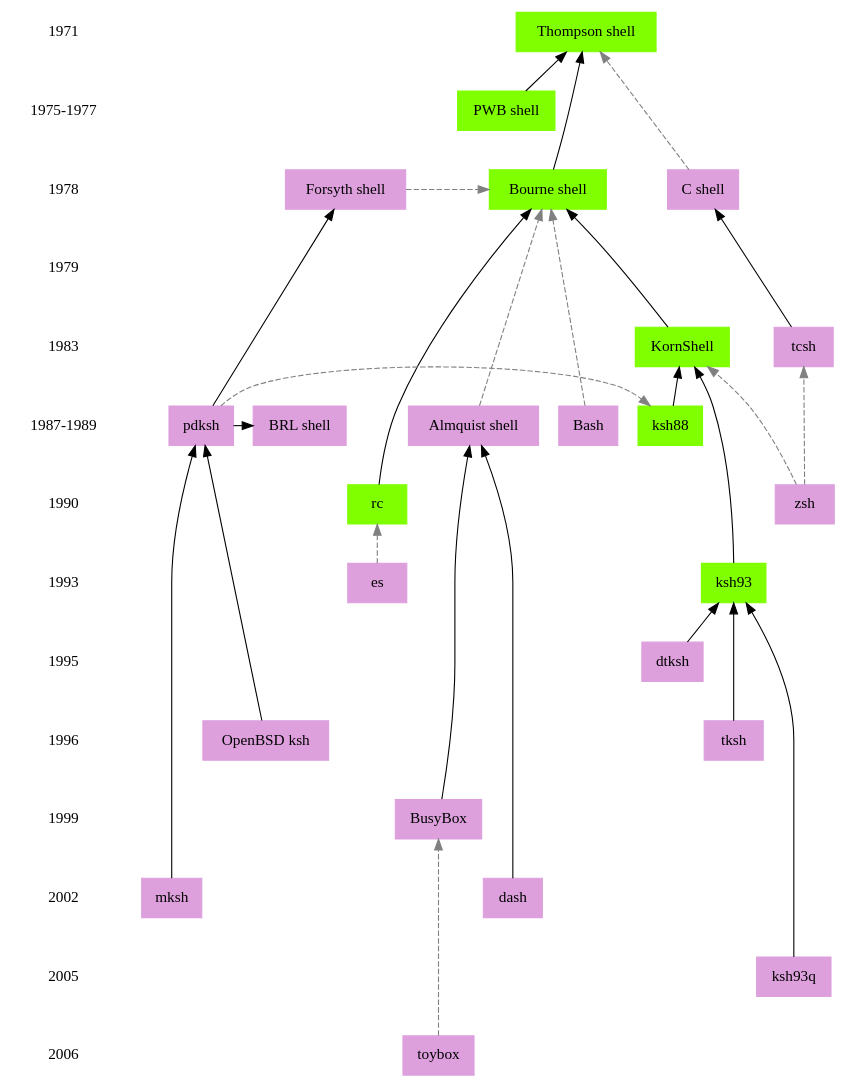
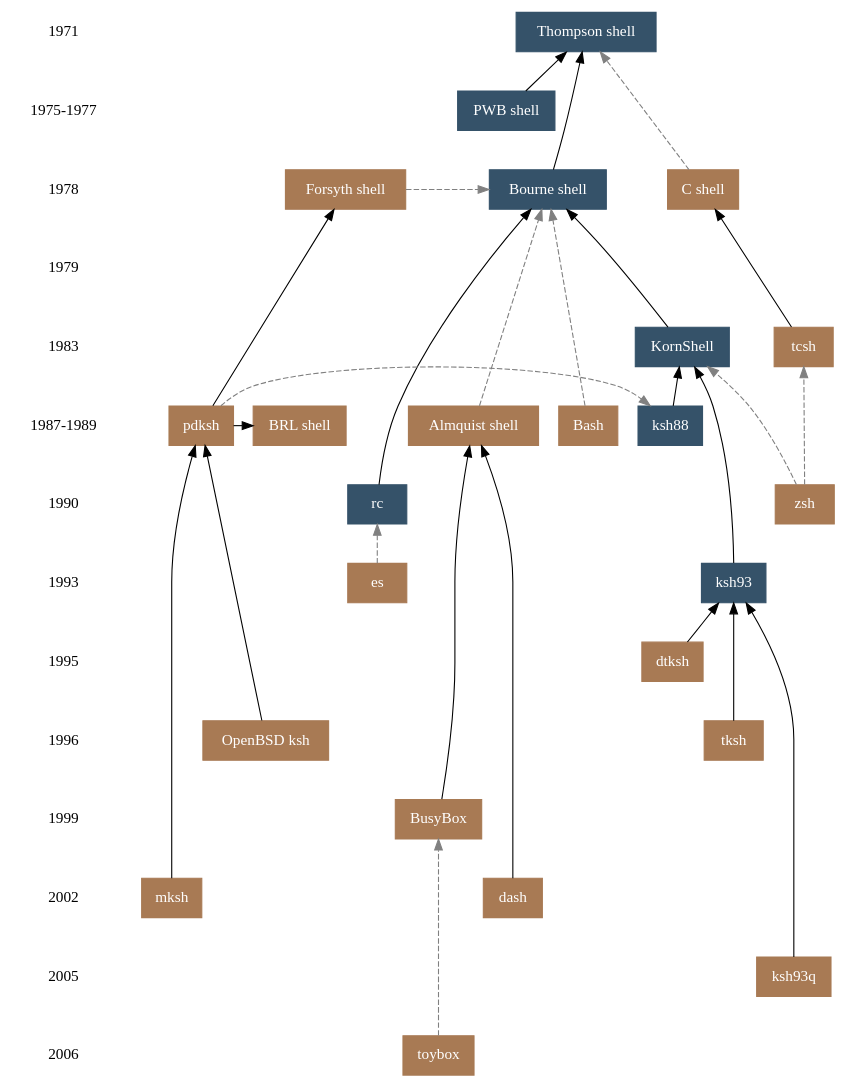
One commit to marcpaq/shellancestry changed the diagram in shellancestry.gv. Above: the diagram before and after it, drawn with Graphviz.

Commit message:
Fixed indentation

```diff
--- a/shellancestry.gv
+++ b/shellancestry.gv
@@ -1,115 +1,113 @@
 digraph shells {
-
-{
-        edge [ style = invis; ]
-        node [ shape = plaintext; ]
-        1971 -> "1975-1977" -> 1978 -> 1979 -> 1983 -> "1987-1989" -> 1990 -> 1993 -> 1995 -> 1996 ->1999 -> 2002 -> 2005 -> 2006;
+        {
+                edge [ style = invis; ]
+                node [ shape = plaintext; ]
+                1971 -> "1975-1977" -> 1978 -> 1979 -> 1983 -> "1987-1989" -> 1990 -> 1993 -> 1995 -> 1996 ->1999 -> 2002 -> 2005 -> 2006;
+        }
+        
+        edge [ style = solid; ]
+        node [ shape = box; ]
+        
+        /*
+        
+        Proprietary licenses
+        
+        */
+        node [ style=filled, color="#355269", fontcolor="white" ];
+        
+        { rank = same; 1971; "Thompson shell"; }
+        
+        { rank = same; "1975-1977"; "PWB shell"; }
+        
+        { rank = same; 1978; "Bourne shell"; }
+        
+        { rank = same; "1990" ; rc; }
+        
+        { rank = same; 1983; "KornShell"; }
+        
+        { rank = same; "1987-1989"; "ksh88"; }
+        
+        { rank = same; 1993; "ksh93"; }
+        
+        /*
+        
+        Open, free, public licenses
+        
+        */
+        node [ style=filled, color="#A87A54", fontcolor="white" ];
+        
+        { rank = same; 1978; "C shell"; }
+        
+        { rank = same; "1987-1989"; "BRL shell"; }
+        
+        { rank = same; 1978; "Forsyth shell"; }
+        
+        { rank = same; 1983; tcsh; }
+        
+        { rank = same; "1987-1989"; "Almquist shell"; }
+        
+        { rank = same; 2005; "ksh93q"; }
+        
+        { rank = same; 2002; dash; }
+        
+        { rank = same; "1987-1989"; pdksh; }
+        
+        { rank = same; "1987-1989"; Bash; }
+        
+        { rank = same; 1993; es; }
+        
+        { rank = same; 1990; zsh; }
+        
+        { rank = same; 1995; dtksh; }
+        
+        { rank = same; 1996; tksh; }
+        
+        { rank = same; 1999; BusyBox; }
+        
+        { rank = same; 2002; mksh; }
+        
+        { rank = same; 2006; toybox; }
+        
+        { rank = same; 1996; "OpenBSD ksh"; }
+        
+        /*
+        
+        Uses source code from
+        
+        */
+        edge [ style = solid; color = black; ];
+        
+        "Bourne shell" -> "Thompson shell";
+        "BusyBox" -> "Almquist shell";
+        "KornShell" -> "Bourne shell";
+        "OpenBSD ksh" -> "pdksh";
+        "PWB shell" -> "Thompson shell";
+        "dash" -> "Almquist shell";
+        "dtksh" -> "ksh93";
+        "ksh88" -> "KornShell";
+        "ksh93" -> "KornShell";
+        "ksh93q" -> "ksh93";
+        "mksh" -> "pdksh";
+        "pdksh" -> "BRL shell";
+        "pdksh" -> "Forsyth shell";
+        "rc" -> "Bourne shell";
+        "tcsh" -> "C shell";
+        "tksh" -> "ksh93";
+        
+        /*
+        
+        Influenced by/clean reimplementation of
+        
+        */
+        edge [ style = dashed; color = grey; ];
+        
+        "pdksh" -> ksh88;
+        "zsh" -> KornShell;
+        "zsh" -> tcsh;
+        "Forsyth shell" -> "Bourne shell" ;
+        "Bash" -> "Bourne shell";
+        "Almquist shell" -> "Bourne shell";
+        "C shell" -> "Thompson shell";
+        "es" -> "rc";
+        "toybox" -> BusyBox;
 }
-
-edge [ style = solid; ]
-node [ shape = box; ]
-
-/*
-
-Proprietary licenses
-
-*/
-node [ style=filled, color=chartreuse ];
-
-{ rank = same; 1971; "Thompson shell"; }
-
-{ rank = same; "1975-1977"; "PWB shell"; }
-
-{ rank = same; 1978; "Bourne shell"; }
-
-{ rank = same; "1990" ; rc; }
-
-{ rank = same; 1983; "KornShell"; }
-
-{ rank = same; "1987-1989"; "ksh88"; }
-
-{ rank = same; 1993; "ksh93"; }
-
-/*
-
-Open, free, public licenses
-
-*/
-node [ style=filled, color=plum ];
-
-{ rank = same; 1978; "C shell"; }
-
-{ rank = same; "1987-1989"; "BRL shell"; }
-
-{ rank = same; 1978; "Forsyth shell"; }
-
-{ rank = same; 1983; tcsh; }
-
-{ rank = same; "1987-1989"; "Almquist shell"; }
-
-{ rank = same; 2005; "ksh93q"; }
-
-{ rank = same; 2002; dash; }
-
-{ rank = same; "1987-1989"; pdksh; }
-
-{ rank = same; "1987-1989"; Bash; }
-
-{ rank = same; 1993; es; }
-
-{ rank = same; 1990; zsh; }
-
-{ rank = same; 1995; dtksh; }
-
-{ rank = same; 1996; tksh; }
-
-{ rank = same; 1999; BusyBox; }
-
-{ rank = same; 2002; mksh; }
-
-{ rank = same; 2006; toybox; }
-
-{ rank = same; 1996; "OpenBSD ksh"; }
-
-/*
-
-Uses source code from
-
-*/
-edge [ style = solid; color = black; ];
-
-"Bourne shell" -> "Thompson shell";
-"BusyBox" -> "Almquist shell";
-"KornShell" -> "Bourne shell";
-"OpenBSD ksh" -> "pdksh";
-"PWB shell" -> "Thompson shell";
-"dash" -> "Almquist shell";
-"dtksh" -> "ksh93";
-"ksh88" -> "KornShell";
-"ksh93" -> "KornShell";
-"ksh93q" -> "ksh93";
-"mksh" -> "pdksh";
-"pdksh" -> "BRL shell";
-"pdksh" -> "Forsyth shell";
-"rc" -> "Bourne shell";
-"tcsh" -> "C shell";
-"tksh" -> "ksh93";
-
-/*
-
-Influenced by/clean reimplementation of
-
-*/
-edge [ style = dashed; color = grey; ];
-
-"pdksh" -> ksh88;
-"zsh" -> KornShell;
-"zsh" -> tcsh;
-"Forsyth shell" -> "Bourne shell" ;
-"Bash" -> "Bourne shell";
-"Almquist shell" -> "Bourne shell";
-"C shell" -> "Thompson shell";
-"es" -> "rc";
-"toybox" -> BusyBox;
-
-}
```
